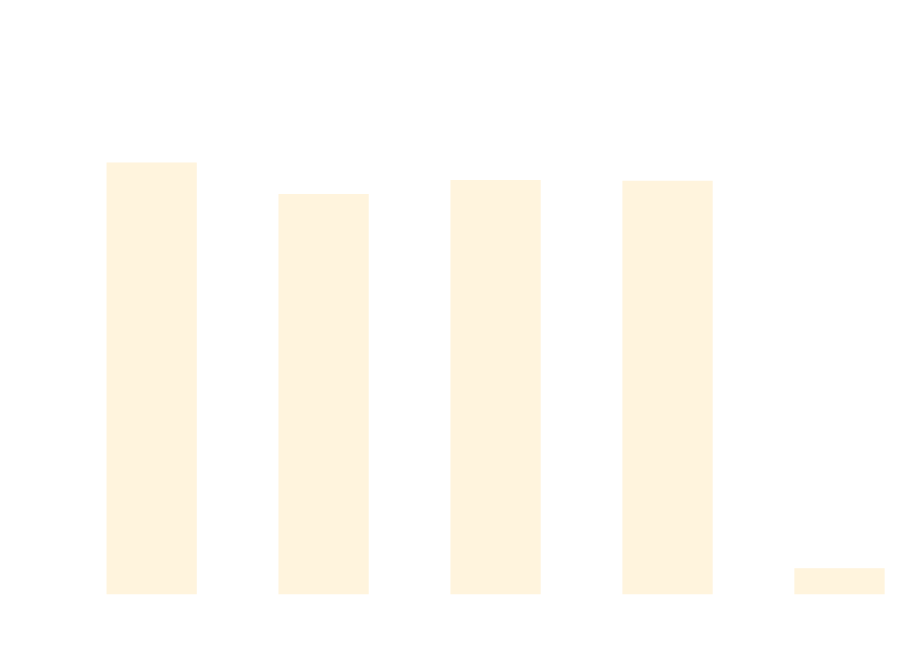
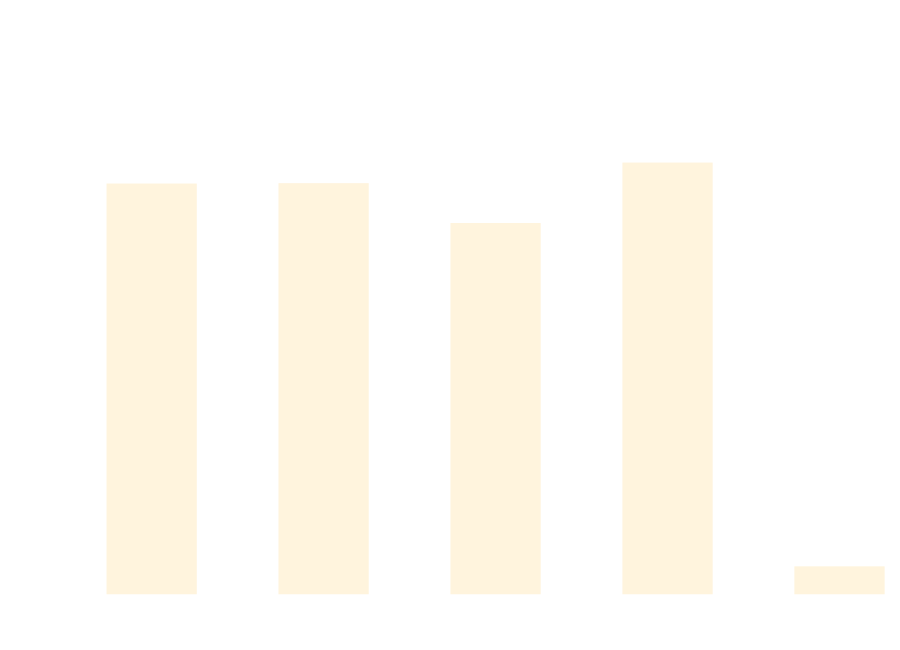
One commit to thomhurst/TUnit changed the diagram in docs/docs/benchmarks/DataDrivenTests.md. Above: the diagram before and after it, drawn with Mermaid. The commit also changed other lines of this file and 17 other files, not shown here.

````diff
--- a/docs/docs/benchmarks/DataDrivenTests.md
+++ b/docs/docs/benchmarks/DataDrivenTests.md
@@ -27,37 +27,37 @@
 ```mermaid
 %%{init: {
   'theme':'base',
   'themeVariables': {
     'primaryColor': '#2563eb',
     'primaryTextColor': '#ffffff',
     'primaryBorderColor': '#1e40af',
     'lineColor': '#6b7280',
     'secondaryColor': '#7c3aed',
     'tertiaryColor': '#dc2626',
     'background': '#ffffff',
     'mainBkg': '#2563eb',
     'secondBkg': '#7c3aed',
     'tertiaryBkg': '#dc2626',
     'clusterBkg': '#f3f4f6',
     'edgeLabelBackground': '#ffffff',
     'tertiaryTextColor': '#1f2937',
     'pie1': '#2563eb',
     'pie2': '#7c3aed',
     'pie3': '#dc2626',
     'pie4': '#f59e0b',
     'pie5': '#10b981',
     'pie6': '#06b6d4',
     'pie7': '#ec4899',
     'pie8': '#6366f1',
     'pie9': '#84cc16',
     'pie10': '#f97316',
     'pie11': '#14b8a6',
     'pie12': '#a855f7'
   }
 }}%%
 xychart-beta
   title "DataDrivenTests Performance Comparison"
   x-axis ["TUnit", "NUnit", "MSTest", "xUnit3", "TUnit_AOT"]
-  y-axis "Time (ms)" 0 --> 763
-  bar [635.1, 587.59, 608.72, 607.6, 23.59]
+  y-axis "Time (ms)" 0 --> 697
+  bar [551.2, 551.69, 496.81, 580.05, 24.14]
 ```
````
